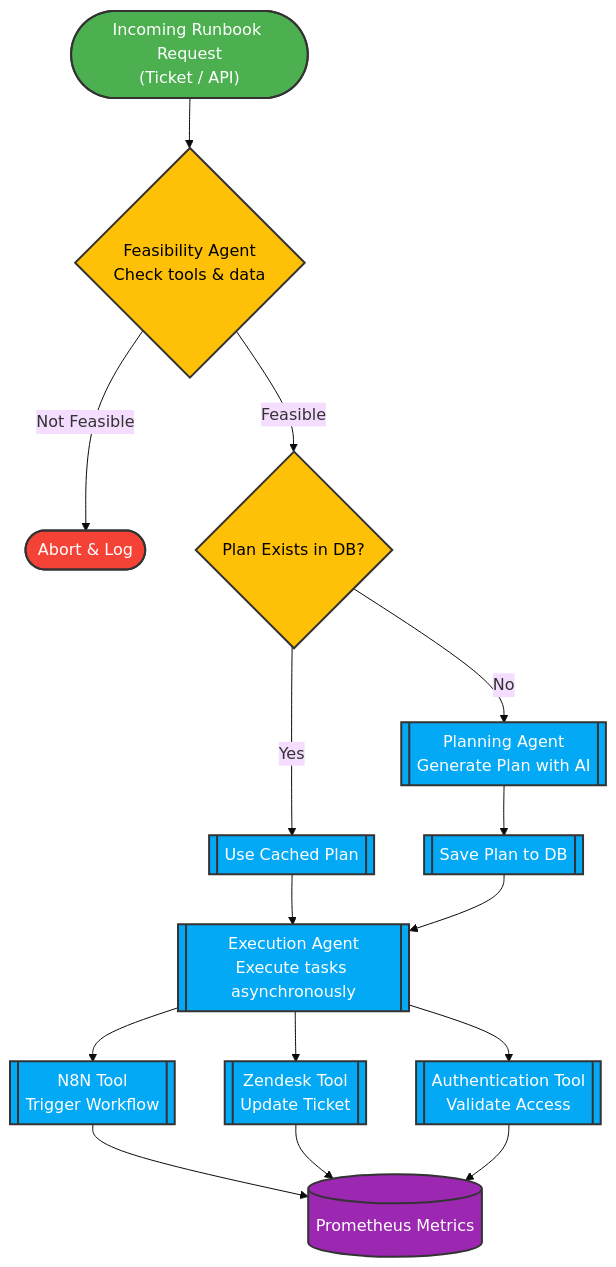
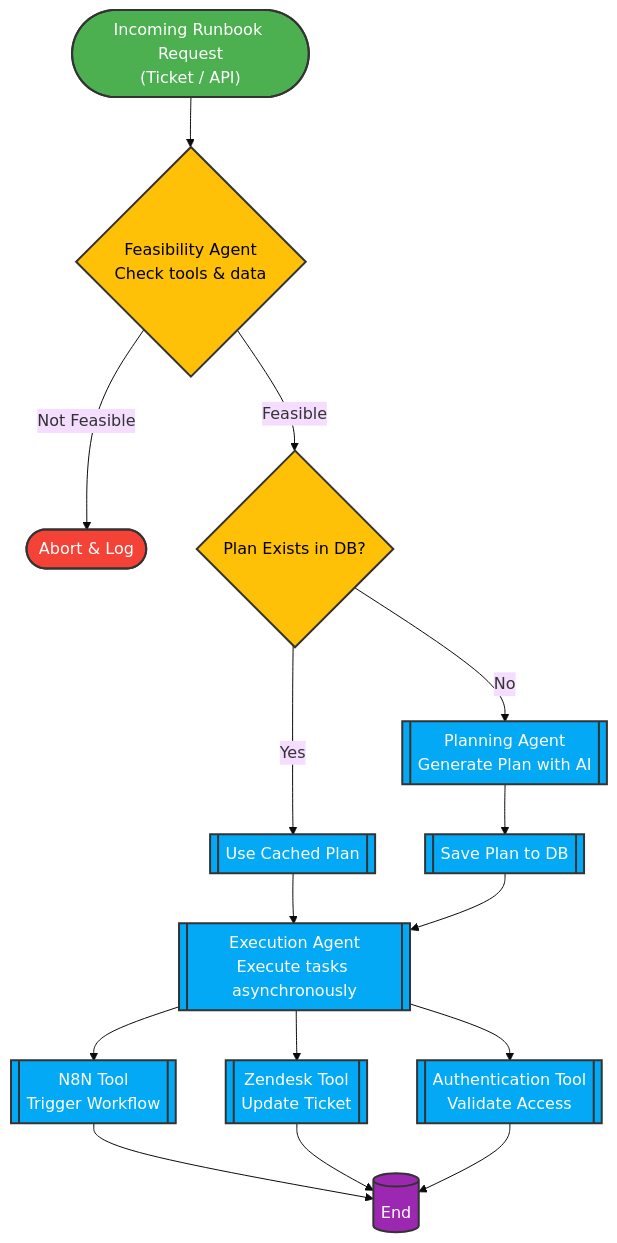
Before and after one commit to KaustubhKhati/runbook-automation-sample: the first of 3 diagrams in README.md, drawn with Mermaid (base theme). The commit also changed other lines of this file, not shown here.

Commit message:
fixed mermaid formating

````diff
--- a/README.md
+++ b/README.md
@@ -97,23 +97,23 @@
 ```mermaid
 flowchart TD
     classDef startClass fill:#4CAF50,stroke:#333,stroke-width:2px,color:#fff;
     classDef decisionClass fill:#FFC107,stroke:#333,stroke-width:2px,color:#000;
     classDef processClass fill:#03A9F4,stroke:#333,stroke-width:2px,color:#fff;
     classDef endStateClass fill:#F44336,stroke:#333,stroke-width:2px,color:#fff;
     classDef monitorClass fill:#9C27B0,stroke:#333,stroke-width:2px,color:#fff;
 
     S1(["Incoming Runbook Request\n(Ticket / API)"]):::startClass --> FZ{"Feasibility Agent\nCheck tools & data"}:::decisionClass
     FZ -->|Not Feasible| AB(["Abort & Log"]):::endStateClass
     FZ -->|Feasible| DB{"Plan Exists in DB?"}:::decisionClass
     DB -->|Yes| UC[["Use Cached Plan"]]:::processClass
     DB -->|No| PL[["Planning Agent\nGenerate Plan with AI"]]:::processClass
     PL --> SV[["Save Plan to DB"]]:::processClass
     UC --> EX[["Execution Agent\nExecute tasks asynchronously"]]:::processClass
     SV --> EX
     EX --> TN8N[["N8N Tool\nTrigger Workflow"]]:::processClass
     EX --> TZd[["Zendesk Tool\nUpdate Ticket"]]:::processClass
     EX --> TAuth[["Authentication Tool\nValidate Access"]]:::processClass
-    TN8N --> MON[("Prometheus Metrics")]:::monitorClass
+    TN8N --> MON[("End")]:::monitorClass
     TZd --> MON
     TAuth --> MON
 ```
````
